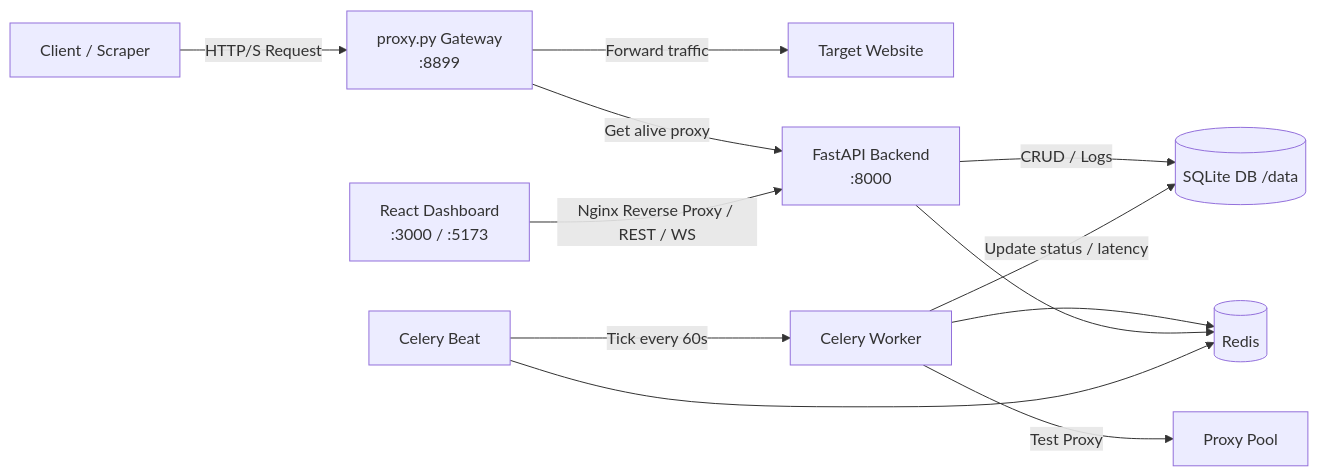
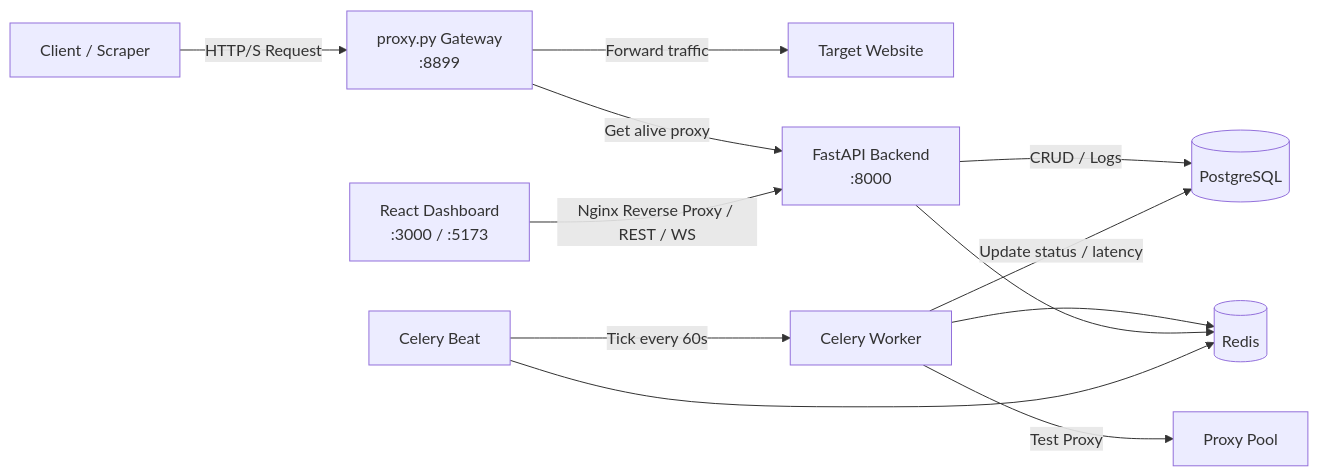
The diagram in README.md (ngotuananh101/proxyhub), drawn with Mermaid before and after one commit. The commit also changed other lines of this file and 1 other file, not shown here.

Commit message:
docs: update README for PostgreSQL backend and migration guide

````diff
--- a/README.md
+++ b/README.md
@@ -67,16 +68,16 @@
 ```mermaid
 flowchart LR
     C[Client / Scraper] -->|HTTP/S Request| G[proxy.py Gateway<br/>:8899]
     G -->|Forward traffic| T[Target Website]
     G -->|Get alive proxy| B[FastAPI Backend<br/>:8000]
 
     R[React Dashboard<br/>:3000 / :5173] -->|Nginx Reverse Proxy / REST / WS| B
-    B -->|CRUD / Logs| D[(SQLite DB /data)]
+    B -->|CRUD / Logs| D[(PostgreSQL)]
 
     CB[Celery Beat] -->|Tick every 60s| CW[Celery Worker]
     CW -->|Test Proxy| P[Proxy Pool]
     CW -->|Update status / latency| D
     CW --> BR[(Redis)]
     B --> BR
     CB --> BR
 ```
````
